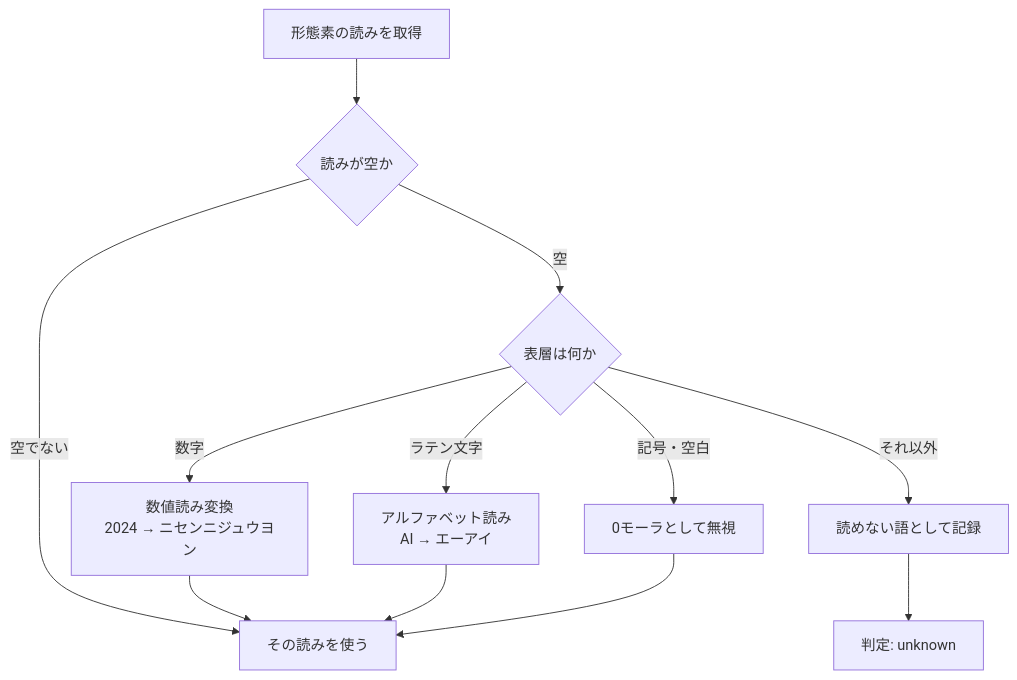
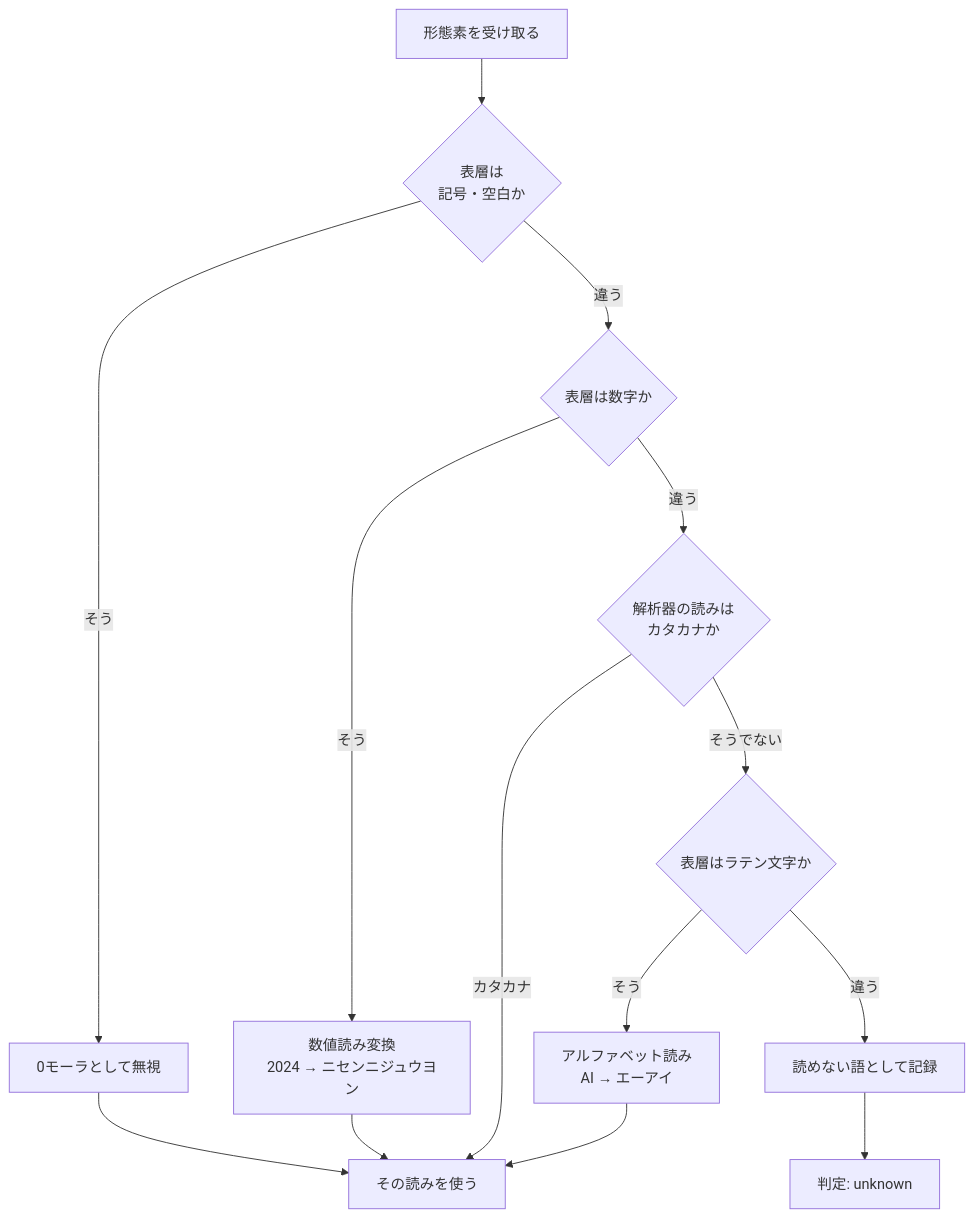
One commit to yama-shu/575-sns changed the second of 3 diagrams in docs/design/detail/01-prosody-algorithm.md. Above: the diagram before and after it, drawn with Mermaid. The commit also changed other lines of this file, not shown here.

````diff
--- a/docs/design/detail/01-prosody-algorithm.md
+++ b/docs/design/detail/01-prosody-algorithm.md
@@ -143,14 +143,16 @@
 ```mermaid
 flowchart TD
-    A["形態素の読みを取得"] --> B{"読みが空か"}
-    B -->|空でない| OK["その読みを使う"]
-    B -->|空| C{"表層は何か"}
-    C -->|数字| D["数値読み変換<br/>2024 → ニセンニジュウヨン"]
-    C -->|ラテン文字| E["アルファベット読み<br/>AI → エーアイ"]
-    C -->|記号・空白| F["0モーラとして無視"]
-    C -->|それ以外| G["読めない語として記録"]
+    A["形態素を受け取る"] --> Z{"表層は<br/>記号・空白か"}
+    Z -->|そう| F["0モーラとして無視"]
+    Z -->|違う| D0{"表層は数字か"}
+    D0 -->|そう| D["数値読み変換<br/>2024 → ニセンニジュウヨン"]
+    D0 -->|違う| B{"解析器の読みは<br/>カタカナか"}
+    B -->|カタカナ| OK["その読みを使う"]
+    B -->|そうでない| E0{"表層はラテン文字か"}
+    E0 -->|そう| E["アルファベット読み<br/>AI → エーアイ"]
+    E0 -->|違う| G["読めない語として記録"]
     D --> OK
     E --> OK
     F --> OK
     G --> H["判定: unknown"]
 ```
````
